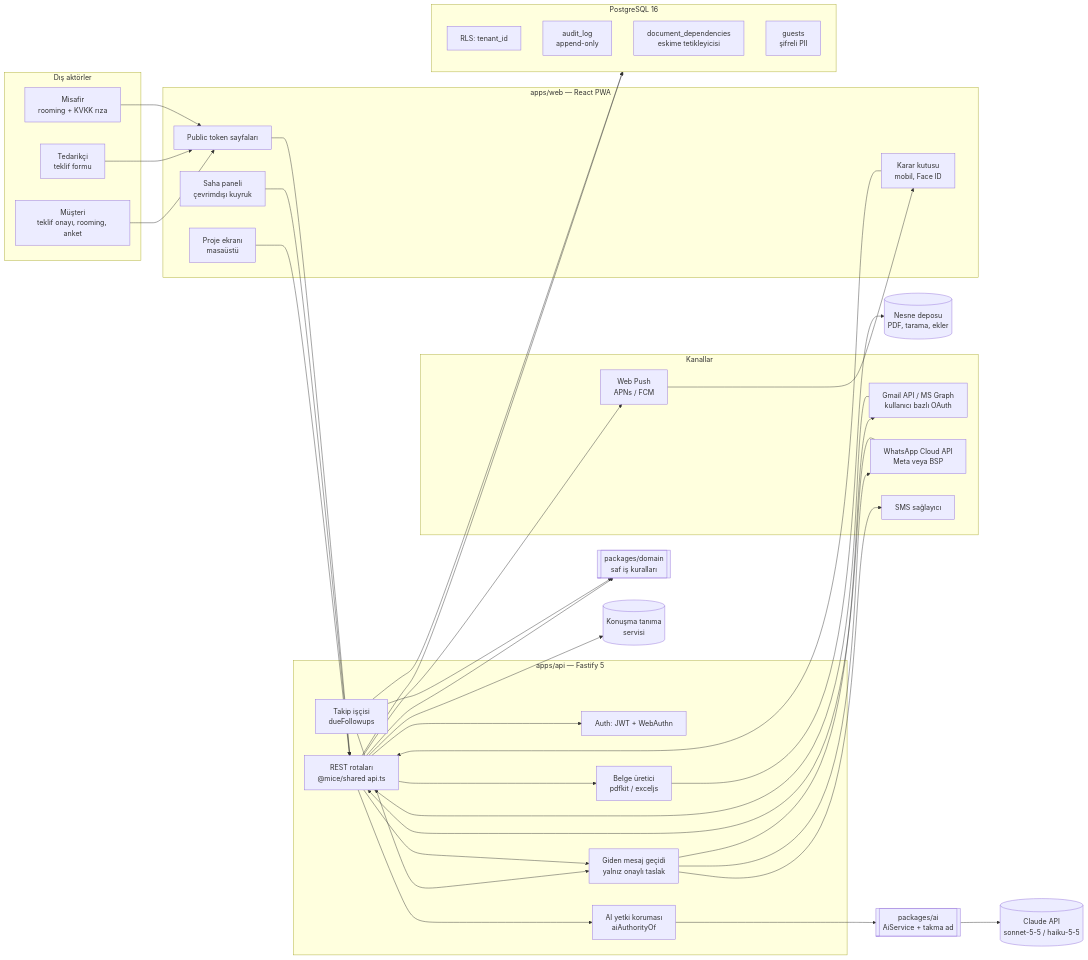
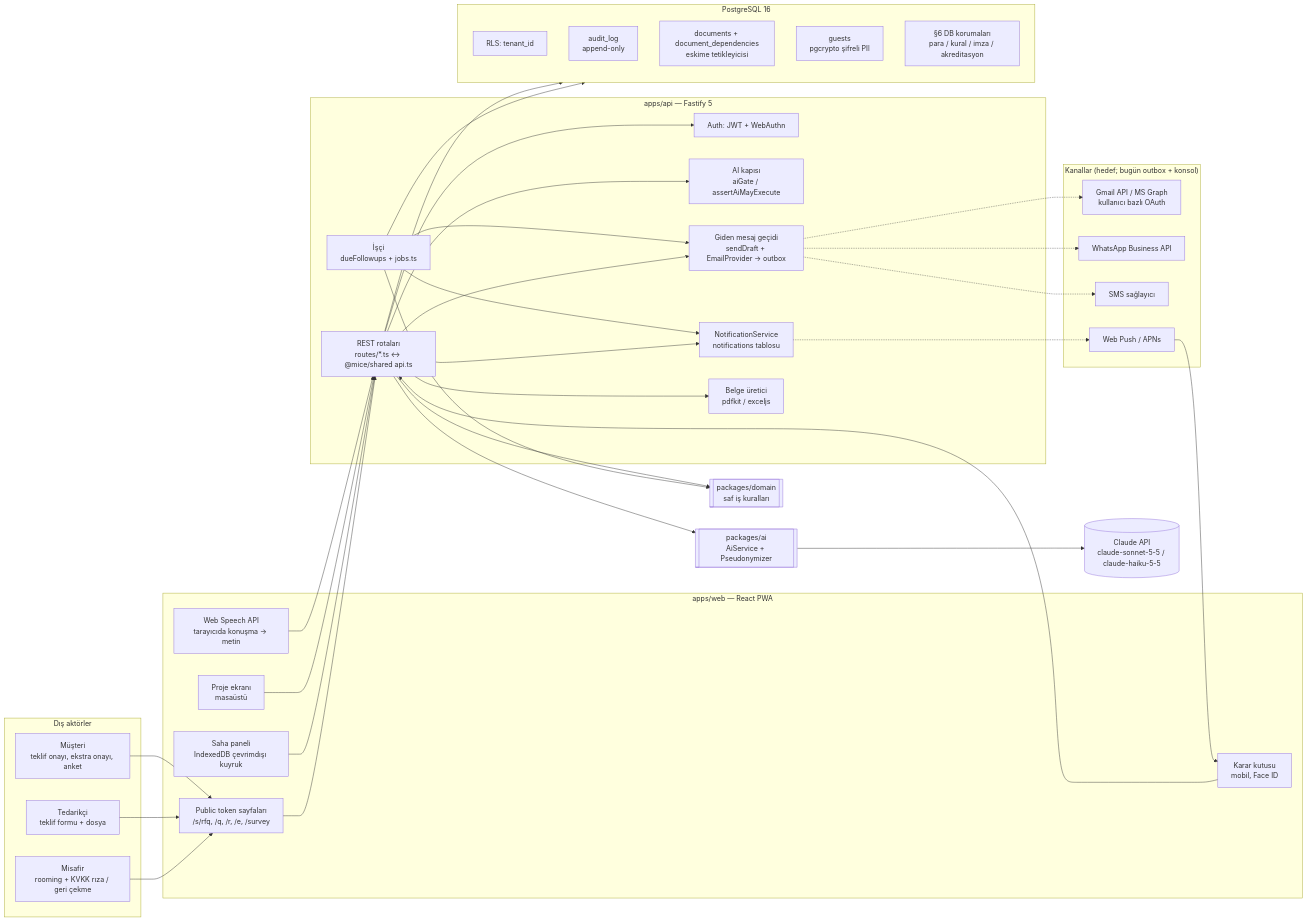
The first of 2 diagrams in docs/01-mimari.md (ggumusdede/mice-ai-), drawn with Mermaid before and after one commit. The commit also changed other lines of this file and 10 other files, not shown here.

````diff
--- a/docs/01-mimari.md
+++ b/docs/01-mimari.md
@@ -21,62 +25,63 @@
 ```mermaid
 flowchart LR
   subgraph Dış["Dış aktörler"]
-    MUS[Müşteri<br/>teklif onayı, rooming, anket]
-    TED[Tedarikçi<br/>teklif formu]
-    MISAFIR[Misafir<br/>rooming + KVKK rıza]
+    MUS[Müşteri<br/>teklif onayı, ekstra onayı, anket]
+    TED[Tedarikçi<br/>teklif formu + dosya]
+    MISAFIR[Misafir<br/>rooming + KVKK rıza / geri çekme]
   end
 
-  subgraph Kanallar["Kanallar"]
+  subgraph Kanallar["Kanallar (hedef; bugün outbox + konsol)"]
     MAIL[Gmail API / MS Graph<br/>kullanıcı bazlı OAuth]
-    WA[WhatsApp Cloud API<br/>Meta veya BSP]
+    WA[WhatsApp Business API]
     SMS[SMS sağlayıcı]
-    PUSH[Web Push<br/>APNs / FCM]
+    PUSH[Web Push / APNs]
   end
 
   subgraph Web["apps/web — React PWA"]
     INBOX[Karar kutusu<br/>mobil, Face ID]
     PROJ[Proje ekranı<br/>masaüstü]
-    SAHA[Saha paneli<br/>çevrimdışı kuyruk]
-    PUB[Public token sayfaları]
+    SAHA[Saha paneli<br/>IndexedDB çevrimdışı kuyruk]
+    PUB[Public token sayfaları<br/>/s/rfq, /q, /r, /e, /survey]
+    SES[Web Speech API<br/>tarayıcıda konuşma → metin]
   end
 
   subgraph API["apps/api — Fastify 5"]
     AUTH[Auth: JWT + WebAuthn]
-    ROUTES[REST rotaları<br/>@mice/shared api.ts]
-    GUARD[AI yetki koruması<br/>aiAuthorityOf]
-    OUT[Giden mesaj geçidi<br/>yalnız onaylı taslak]
+    ROUTES[REST rotaları<br/>routes/*.ts ↔ @mice/shared api.ts]
+    GATE[AI kapısı<br/>aiGate / assertAiMayExecute]
+    OUT[Giden mesaj geçidi<br/>sendDraft + EmailProvider → outbox]
+    NOTIF[NotificationService<br/>notifications tablosu]
     DOCS[Belge üretici<br/>pdfkit / exceljs]
-    WORKER[Takip işçisi<br/>dueFollowups]
+    WORKER[İşçi<br/>dueFollowups + jobs.ts]
   end
 
   DOMAIN[["packages/domain<br/>saf iş kuralları"]]
-  AI[["packages/ai<br/>AiService + takma ad"]]
-  CLAUDE[(Claude API<br/>sonnet-5-5 / haiku-5-5)]
-  STT[(Konuşma tanıma<br/>servisi)]
+  AI[["packages/ai<br/>AiService + Pseudonymizer"]]
+  CLAUDE[(Claude API<br/>claude-sonnet-5-5 / claude-haiku-5-5)]
 
   subgraph DB["PostgreSQL 16"]
     RLS[RLS: tenant_id]
     AUD[audit_log<br/>append-only]
-    DEP[document_dependencies<br/>eskime tetikleyicisi]
-    PII[guests<br/>şifreli PII]
+    DEP[documents + document_dependencies<br/>eskime tetikleyicisi]
+    PII[guests<br/>pgcrypto şifreli PII]
+    GUARD[§6 DB korumaları<br/>para / kural / imza / akreditasyon]
   end
 
-  OBJ[(Nesne deposu<br/>PDF, tarama, ekler)]
-
   MUS & TED & MISAFIR --> PUB
+  SES --> ROUTES
   INBOX & PROJ & SAHA & PUB --> ROUTES
   ROUTES --> AUTH
   ROUTES --> DOMAIN
-  ROUTES --> GUARD --> AI --> CLAUDE
-  ROUTES --> STT
-  ROUTES --> DOCS --> OBJ
+  ROUTES --> GATE
+  ROUTES --> AI --> CLAUDE
+  ROUTES --> DOCS
   ROUTES --> DB
   WORKER --> DOMAIN
   WORKER --> DB
   WORKER --> OUT
+  WORKER --> NOTIF
   ROUTES --> OUT
-  OUT --> MAIL & WA & SMS
-  MAIL --> ROUTES
-  WA --> ROUTES
-  ROUTES --> PUSH --> INBOX
+  ROUTES --> NOTIF
+  OUT -.-> MAIL & WA & SMS
+  NOTIF -.-> PUSH --> INBOX
 ```
````
